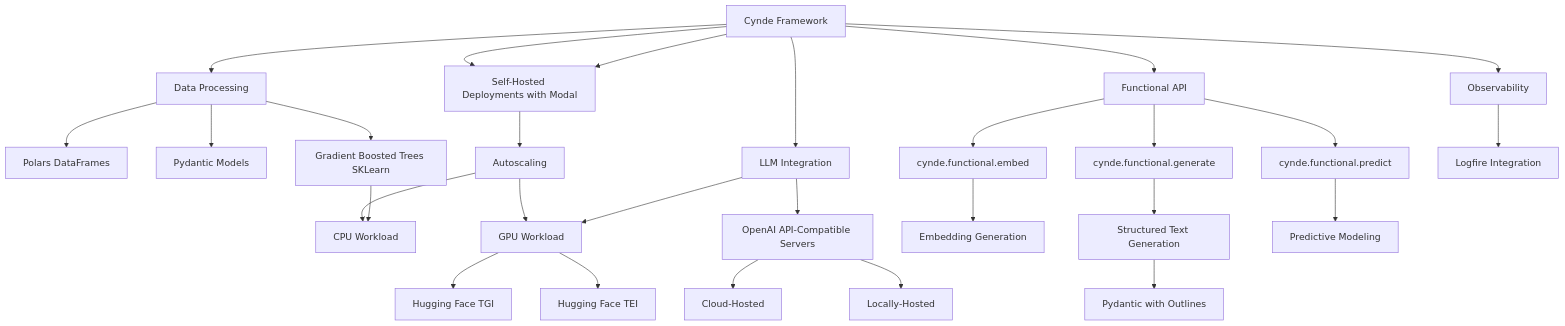
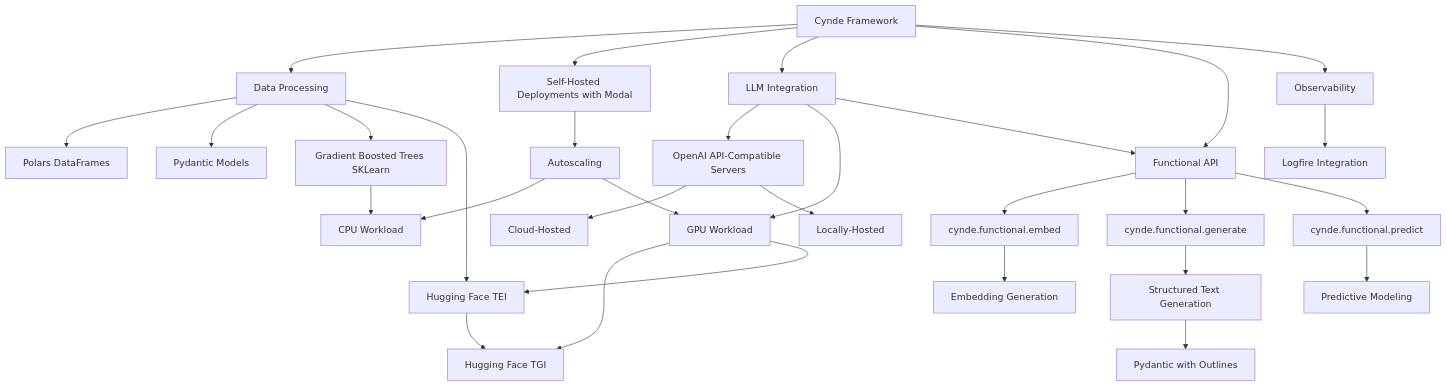
One commit to Neural-Dragon-AI/Cynde changed the diagram in drawings.md. Above: the diagram before and after it, drawn with Mermaid.

````diff
--- a/drawings.md
+++ b/drawings.md
@@ -3,35 +3,36 @@
 ```mermaid
 graph TD
     A[Cynde Framework] --> B[Data Processing]
     B --> C[Polars DataFrames]
     B --> D[Pydantic Models]
     B --> E[Gradient Boosted Trees SKLearn]
+    B --> O[Outlines]
     A --> P[Self-Hosted Deployments with Modal]
 
     P --> F[Autoscaling]
     F --> G[CPU Workload]
     E --> G
     F --> M[GPU Workload]
 
     A --> H[LLM Integration]
     H --> I[OpenAI API-Compatible Servers]
     I --> J[Cloud-Hosted]
     I --> K[Locally-Hosted]
     H --> M
     M --> N[Hugging Face TGI]
+    O --> N
     M --> O[Hugging Face TEI]
-
-    A --> P[Self-Hosted Deployments with Modal]
 
     A --> Q[Functional API]
     Q --> R[cynde.functional.embed]
     R --> S[Embedding Generation]
     Q --> T[cynde.functional.generate]
+    H --> Q
     T --> U[Structured Text Generation]
     U --> V[Pydantic with Outlines]
     Q --> W[cynde.functional.predict]
     W --> X[Predictive Modeling]
 
     A --> Y[Observability]
     Y --> Z[Logfire Integration]
 ```
````
